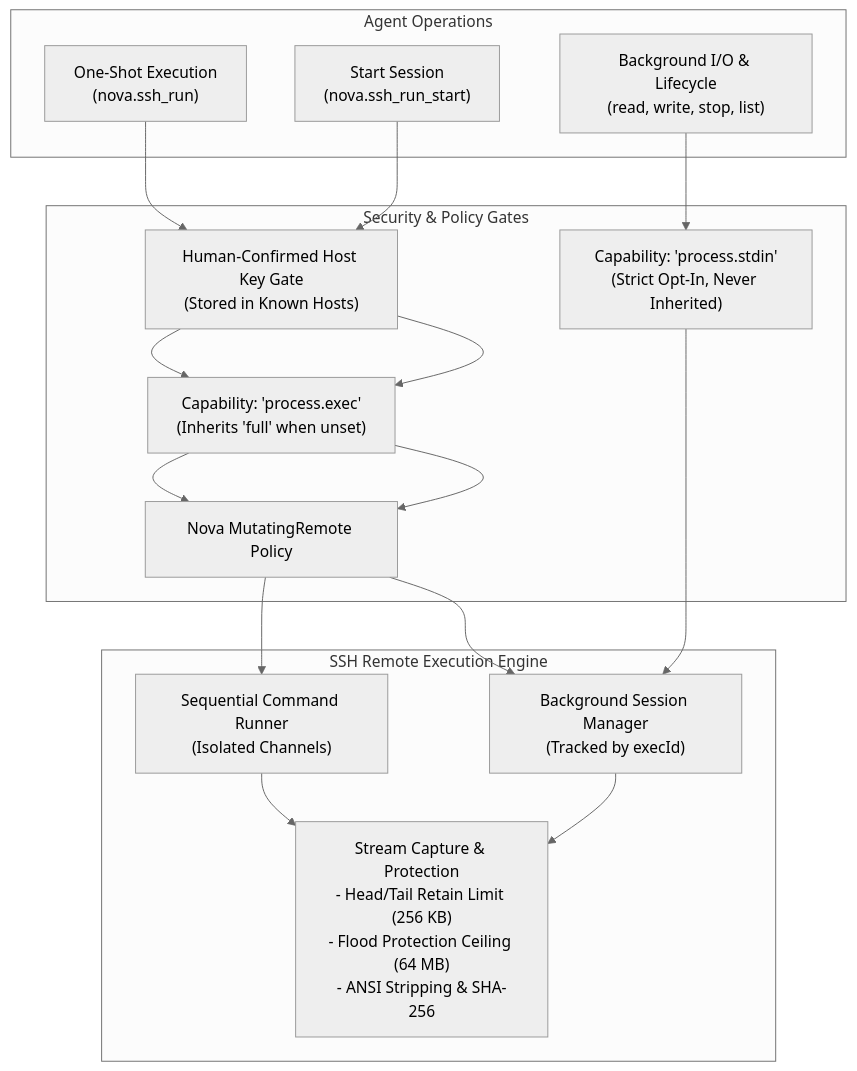
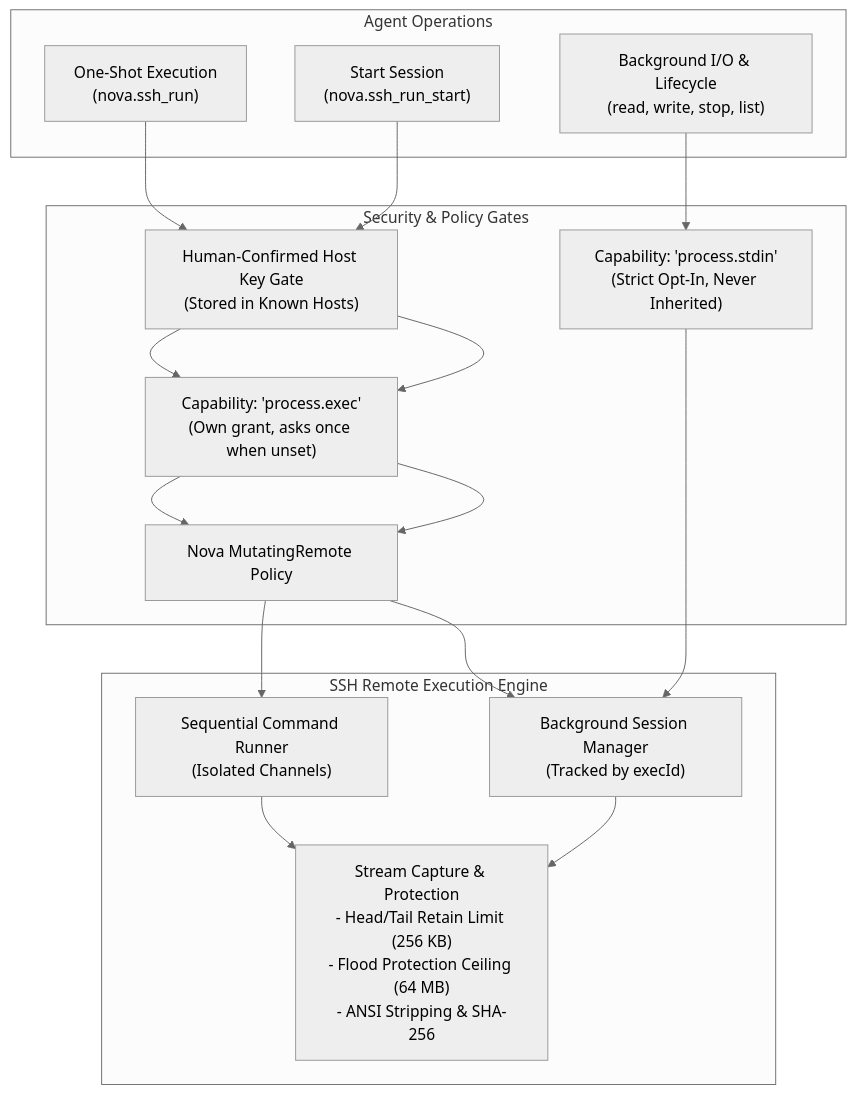
The first of 6 diagrams in docs/core-features/connectors/ssh/README.md (joelaniol/nova), drawn with Mermaid (neutral theme) before and after one commit. The commit also changed other lines of this file and 22 other files, not shown here.

````diff
--- a/docs/core-features/connectors/ssh/README.md
+++ b/docs/core-features/connectors/ssh/README.md
@@ -5,27 +5,27 @@
 ```mermaid
 flowchart TD
     subgraph AgentLayer["Agent Operations"]
         OneShot["One-Shot Execution\n(nova.ssh_run)"]
         BgStart["Start Session\n(nova.ssh_run_start)"]
         BgIO["Background I/O & Lifecycle\n(read, write, stop, list)"]
     end
 
     subgraph SecurityCore["Security & Policy Gates"]
         HostKeyGate["Human-Confirmed Host Key Gate\n(Stored in Known Hosts)"]
-        ExecGate["Capability: 'process.exec'\n(Inherits 'full' when unset)"]
+        ExecGate["Capability: 'process.exec'\n(Own grant, asks once when unset)"]
         StdinGate["Capability: 'process.stdin'\n(Strict Opt-In, Never Inherited)"]
         MutatingPolicy["Nova MutatingRemote Policy"]
     end
 
     subgraph ExecutionEngine["SSH Remote Execution Engine"]
         BatchRunner["Sequential Command Runner\n(Isolated Channels)"]
         SessionManager["Background Session Manager\n(Tracked by execId)"]
         StreamCapture["Stream Capture & Protection\n- Head/Tail Retain Limit (256 KB)\n- Flood Protection Ceiling (64 MB)\n- ANSI Stripping & SHA-256"]
     end
 
     OneShot --> HostKeyGate --> ExecGate --> MutatingPolicy --> BatchRunner
     BgStart --> HostKeyGate --> ExecGate --> MutatingPolicy --> SessionManager
     BgIO --> StdinGate --> SessionManager
     BatchRunner --> StreamCapture
     SessionManager --> StreamCapture
 ```
````
